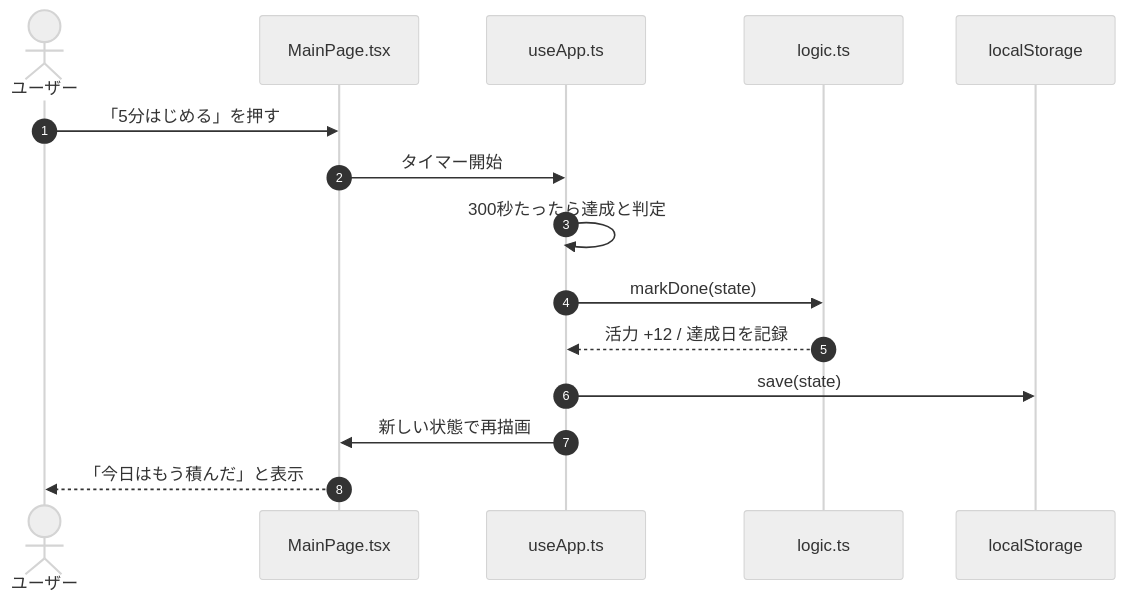
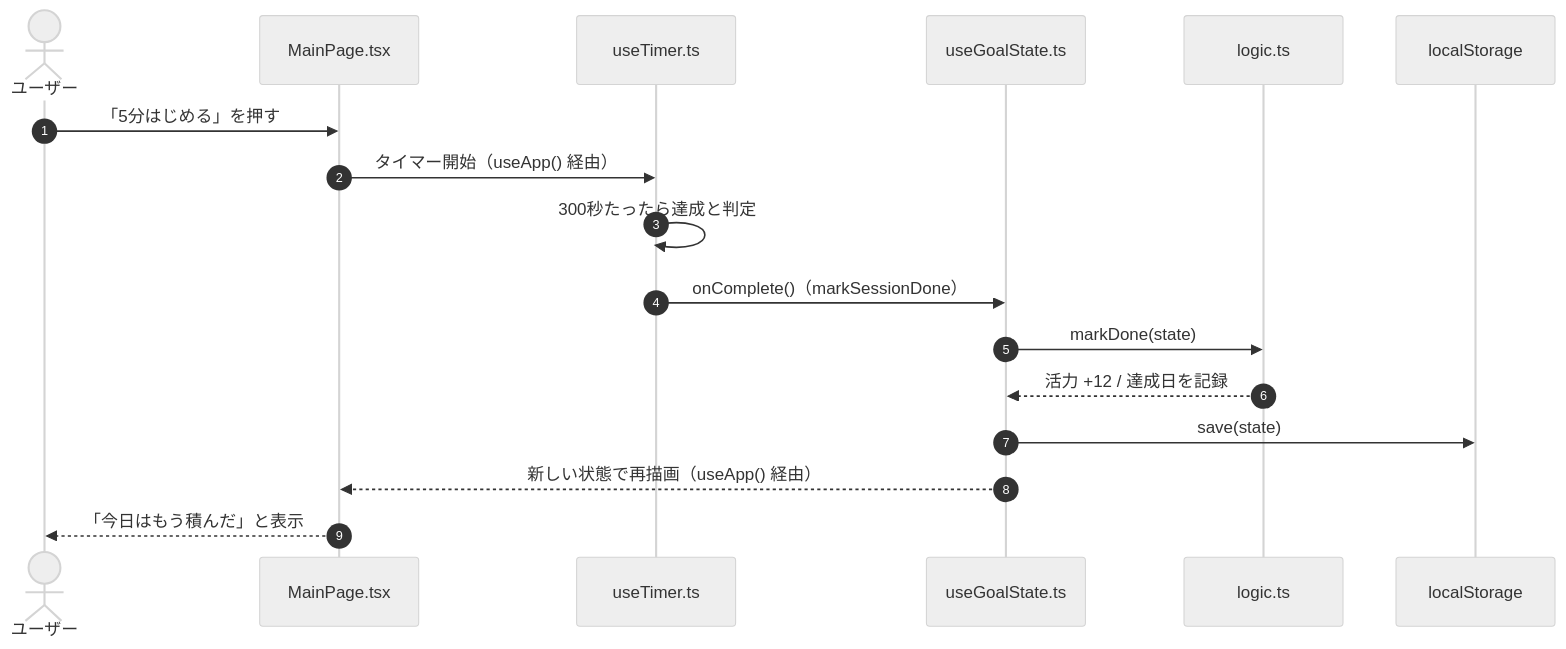
The fourth of 5 diagrams in ARCHITECTURE.md (kuramochi703/keep-motivation-app), drawn with Mermaid (neutral theme) before and after one commit. The commit also changed other lines of this file, not shown here.

First line of the commit message:
ARCHITECTURE.mdをsrcの新しい構成に合わせて更新する

````diff
--- a/ARCHITECTURE.md
+++ b/ARCHITECTURE.md
@@ -153,18 +177,20 @@
 ```mermaid
 sequenceDiagram
     autonumber
     actor U as ユーザー
     participant M as MainPage.tsx
-    participant R as useApp.ts
+    participant T as useTimer.ts
+    participant G as useGoalState.ts
     participant L as logic.ts
     participant S as localStorage
 
     U->>M: 「5分はじめる」を押す
-    M->>R: タイマー開始
-    R->>R: 300秒たったら達成と判定
-    R->>L: markDone(state)
-    L-->>R: 活力 +12 / 達成日を記録
-    R->>S: save(state)
-    R->>M: 新しい状態で再描画
+    M->>T: タイマー開始（useApp() 経由）
+    T->>T: 300秒たったら達成と判定
+    T->>G: onComplete()（markSessionDone）
+    G->>L: markDone(state)
+    L-->>G: 活力 +12 / 達成日を記録
+    G->>S: save(state)
+    G-->>M: 新しい状態で再描画（useApp() 経由）
     M-->>U: 「今日はもう積んだ」と表示
 ```
````
